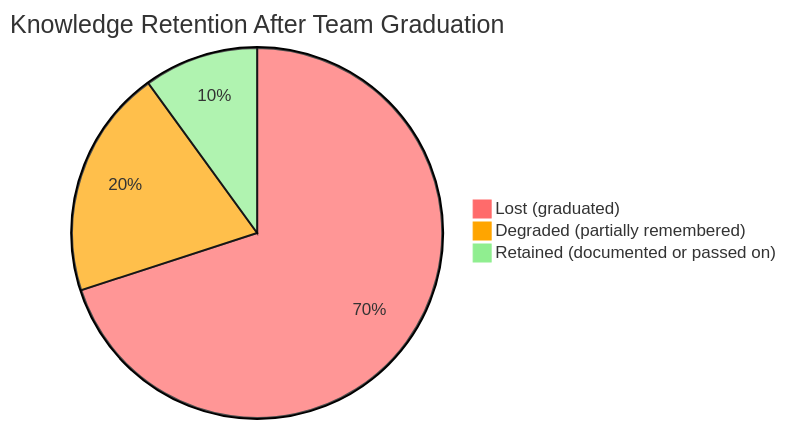
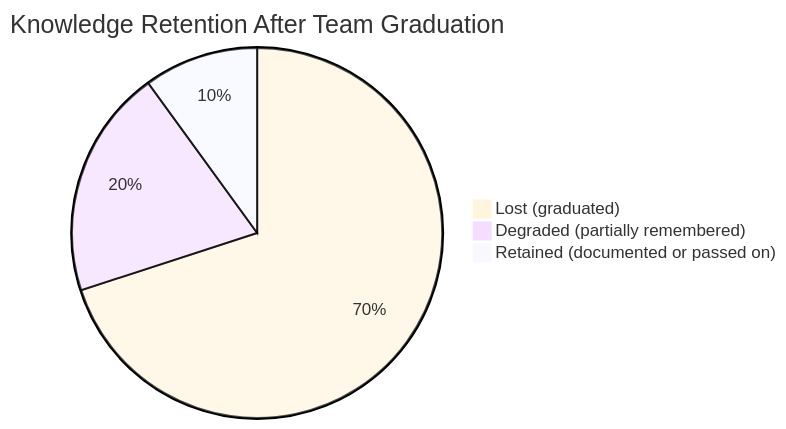
Before and after one commit to Lizo-RoadTown/PROVES_LIBRARY: the fifth of 9 diagrams in docs/diagrams/team-boundaries.md, drawn with Mermaid. The commit also changed other lines of this file and 14 other files, not shown here.

First line of the commit message:
Apply professional theme to all Mermaid diagrams

````diff
--- a/docs/diagrams/team-boundaries.md
+++ b/docs/diagrams/team-boundaries.md
@@ -269,7 +342,13 @@
 ```mermaid
-%%{init: {'theme':'base', 'themeVariables': { 'pie1':'#ff6b6b', 'pie2':'#ffa500', 'pie3':'#90ee90'}}}%%
+%%{init: {
+  'theme': 'base',
+  'themeVariables': {
+    'fontFamily': 'system-ui, -apple-system, sans-serif',
+    'fontSize': '14px'
+  }
+}}%%
 pie title Knowledge Retention After Team Graduation
     "Lost (graduated)" : 70
     "Degraded (partially remembered)" : 20
     "Retained (documented or passed on)" : 10
 ```
````
